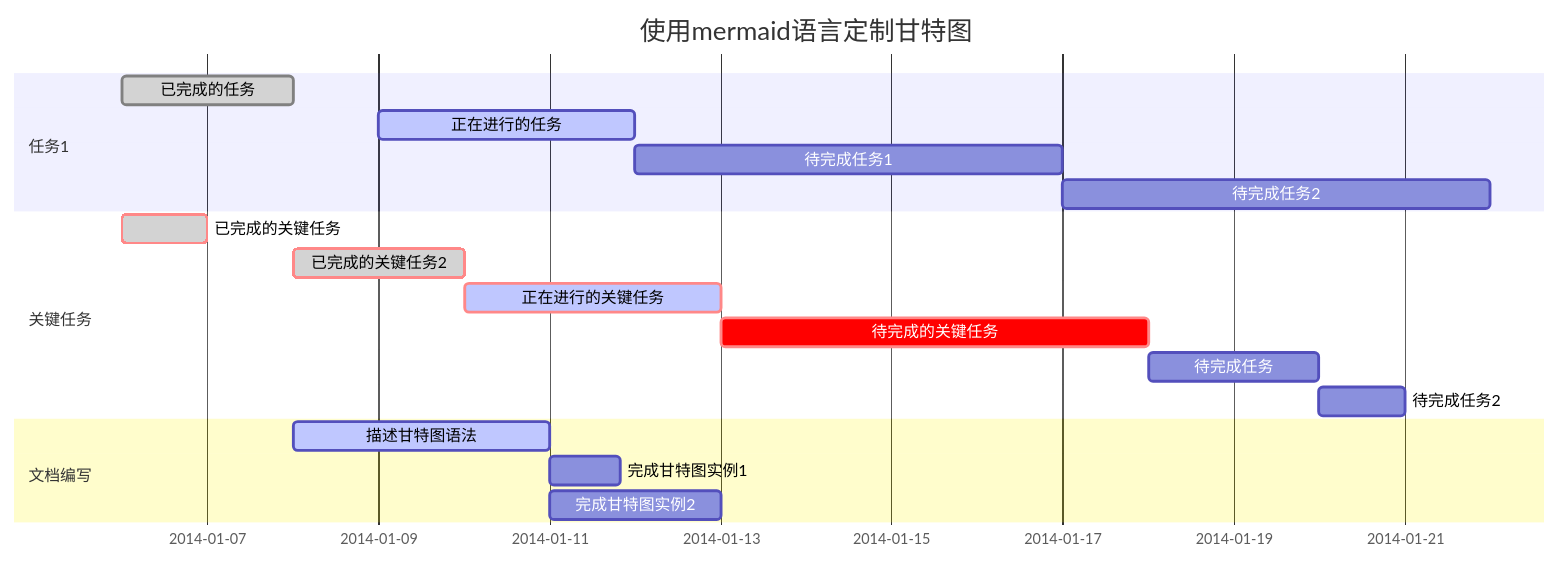
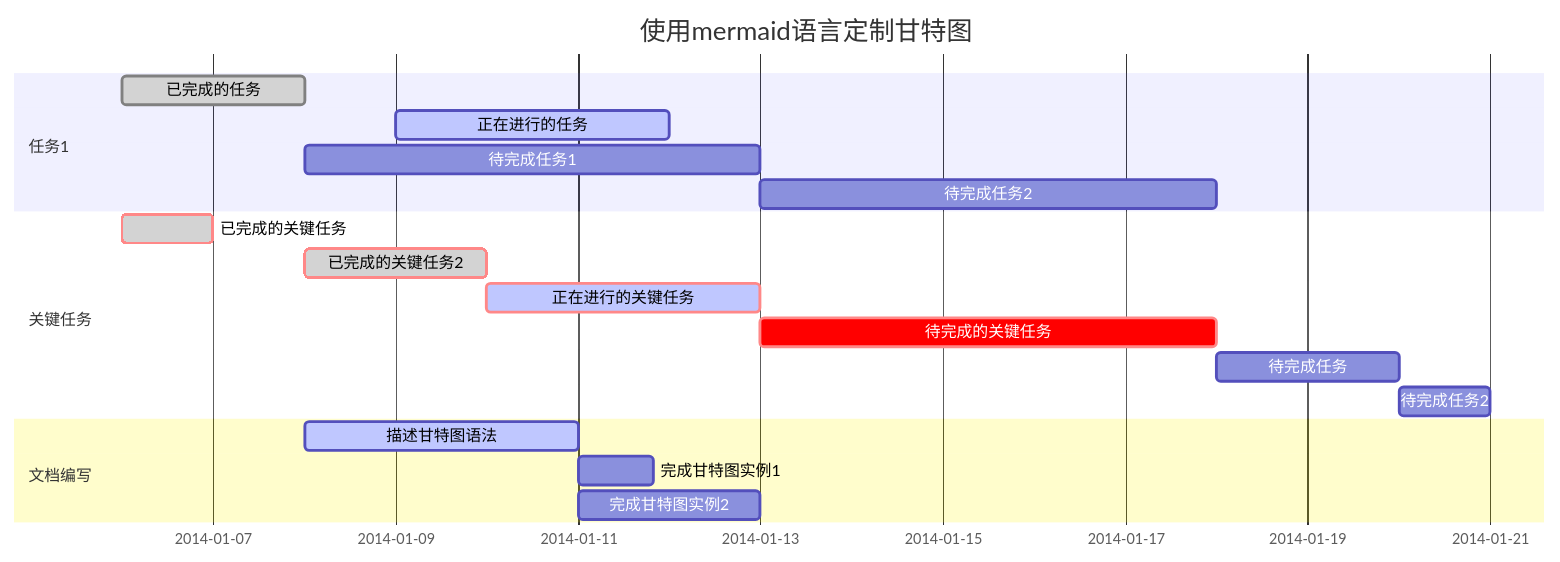
One commit to zhangqing89/learngit changed the first of 2 diagrams in 甘特图案例.md. Above: the diagram before and after it, drawn with Mermaid.

Commit message:
修改内容

````diff
--- a/甘特图案例.md
+++ b/甘特图案例.md
@@ -3,24 +3,24 @@
 ```mermaid
 gantt         
        dateFormat  YYYY-MM-DD   
        title 使用mermaid语言定制甘特图
 
        section 任务1
        已完成的任务           :done,    des1, 2014-01-06,2014-01-08
        正在进行的任务               :active,  des2, 2014-01-09, 3d
-       待完成任务1               :         des3, after des2, 5d
+       待完成任务1               :         des3, after des1, 5d
        待完成任务2              :         des4, after des3, 5d
 
        section 关键任务
        已完成的关键任务 :crit, done, 2014-01-06,24h
        已完成的关键任务2         :crit, done, after des1, 2d
        正在进行的关键任务             :crit, active, 3d
        待完成的关键任务        :crit, 5d
        待完成任务           :2d
        待完成任务2                      :1d
 
        section 文档编写
        描述甘特图语法               :active, a1, after des1, 3d
        完成甘特图实例1      :after a1  , 20h
        完成甘特图实例2    :doc1, after a1  , 48h
 ```
````
